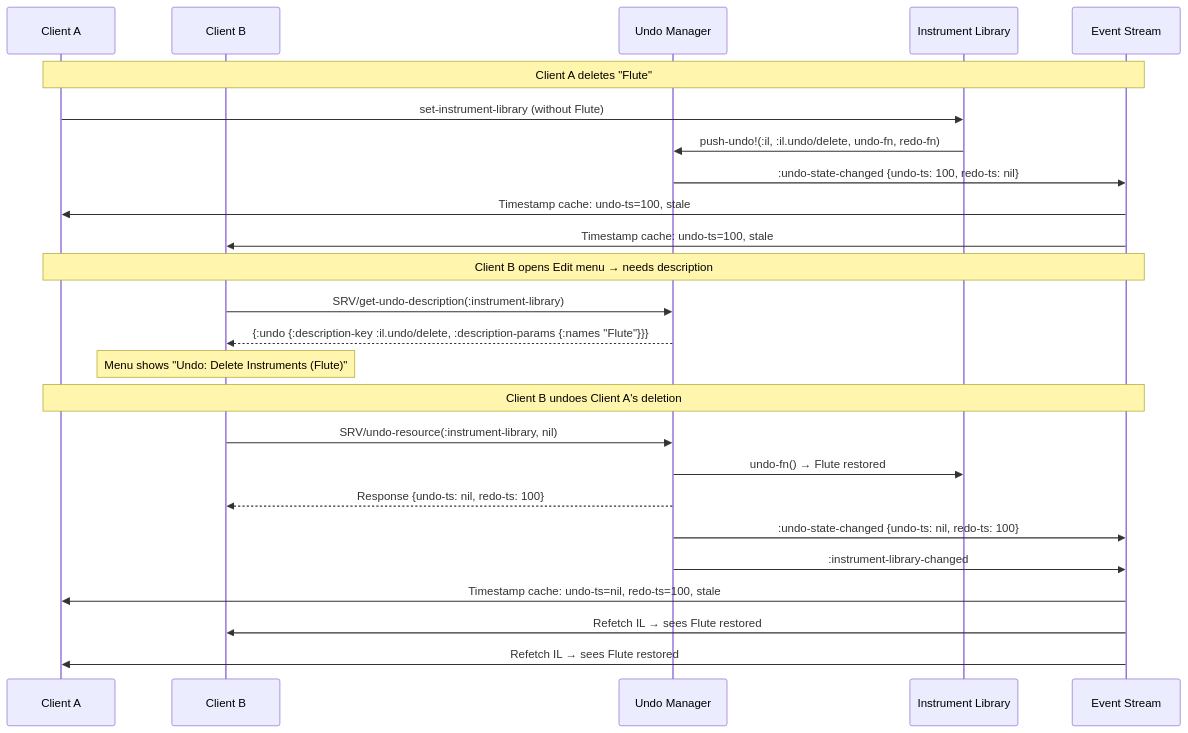
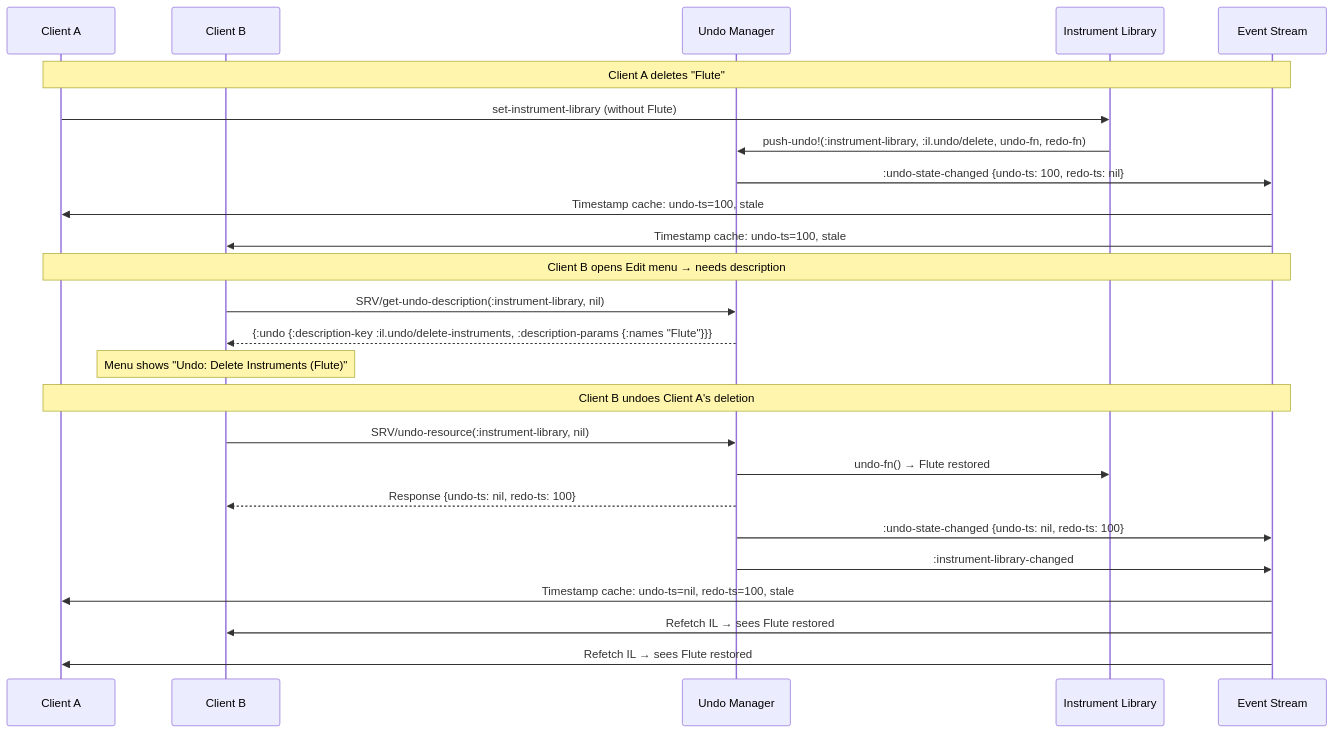
One commit to PeterBengtson/Ooloi-docs changed the second of 3 diagrams in ADRs/0015-Undo-and-Redo.md. Above: the diagram before and after it, drawn with Mermaid. The commit also changed other lines of this file, not shown here.

````diff
--- a/ADRs/0015-Undo-and-Redo.md
+++ b/ADRs/0015-Undo-and-Redo.md
@@ -451,30 +454,30 @@
 ```mermaid
 sequenceDiagram
     participant A as Client A
     participant B as Client B
     participant UM as Undo Manager
     participant IL as Instrument Library
     participant E as Event Stream
 
     Note over A,E: Client A deletes "Flute"
     A->>IL: set-instrument-library (without Flute)
-    IL->>UM: push-undo!(:il, :il.undo/delete, undo-fn, redo-fn)
+    IL->>UM: push-undo!(:instrument-library, :il.undo/delete, undo-fn, redo-fn)
     UM->>E: :undo-state-changed {undo-ts: 100, redo-ts: nil}
     E->>A: Timestamp cache: undo-ts=100, stale
     E->>B: Timestamp cache: undo-ts=100, stale
 
     Note over A,E: Client B opens Edit menu → needs description
-    B->>UM: SRV/get-undo-description(:instrument-library)
-    UM-->>B: {:undo {:description-key :il.undo/delete, :description-params {:names "Flute"}}}
+    B->>UM: SRV/get-undo-description(:instrument-library, nil)
+    UM-->>B: {:undo {:description-key :il.undo/delete-instruments, :description-params {:names "Flute"}}}
     Note over B: Menu shows "Undo: Delete Instruments (Flute)"
 
     Note over A,E: Client B undoes Client A's deletion
     B->>UM: SRV/undo-resource(:instrument-library, nil)
     UM->>IL: undo-fn() → Flute restored
     UM-->>B: Response {undo-ts: nil, redo-ts: 100}
     UM->>E: :undo-state-changed {undo-ts: nil, redo-ts: 100}
     UM->>E: :instrument-library-changed
     E->>A: Timestamp cache: undo-ts=nil, redo-ts=100, stale
     E->>B: Refetch IL → sees Flute restored
     E->>A: Refetch IL → sees Flute restored
 ```
````
